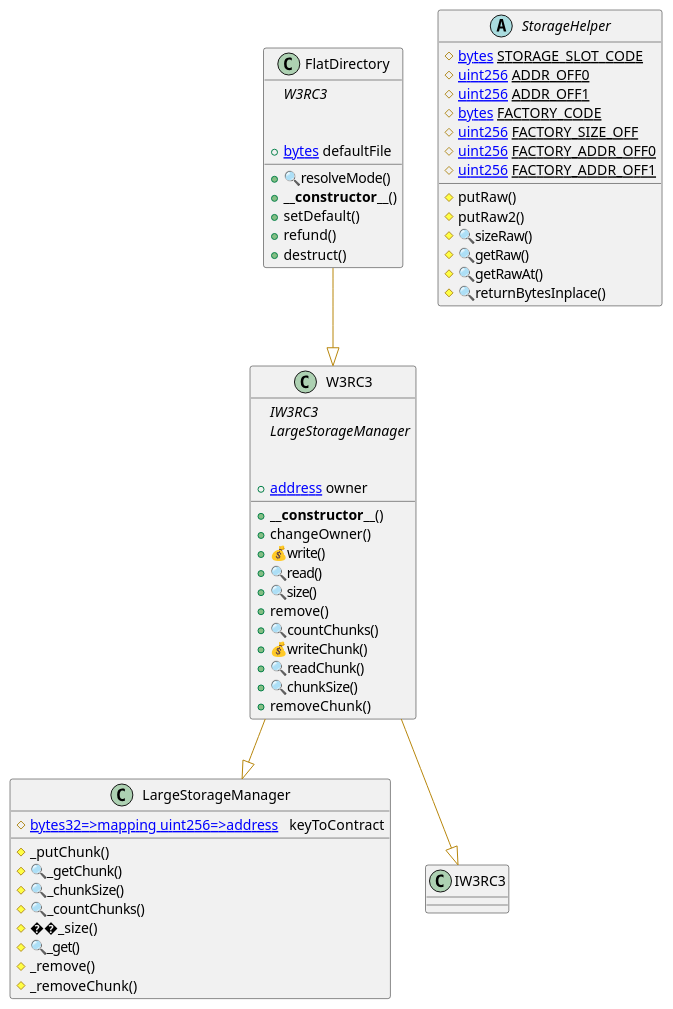
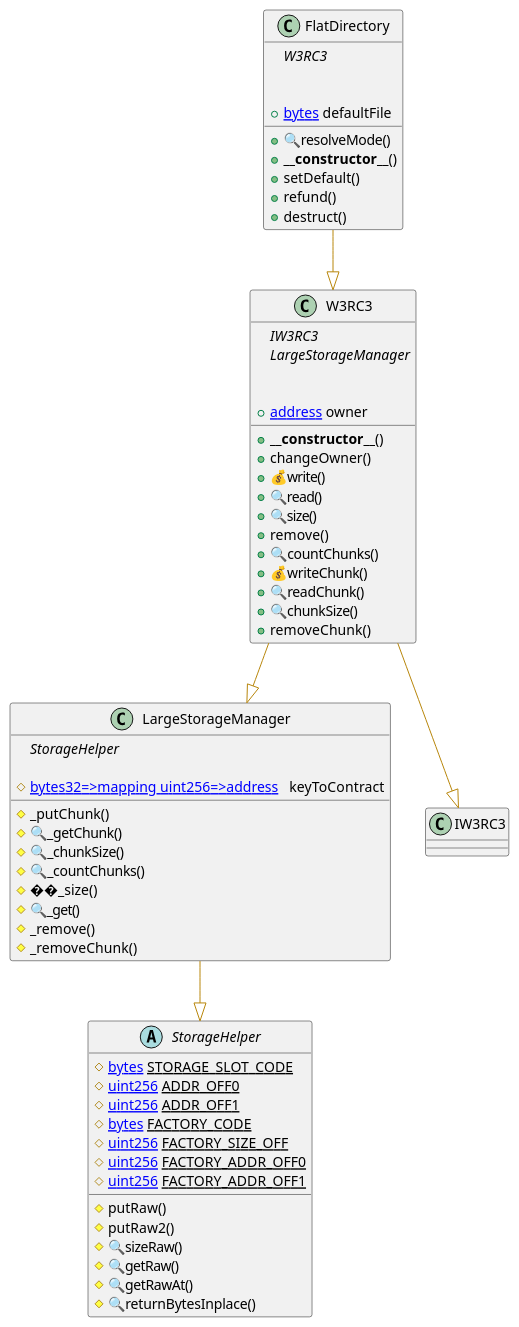
One commit to QuarkChain/evm-large-storage changed the diagram in contracts/uml/FlatDirectory.wsd. Above: the diagram before and after it, drawn with PlantUML.

```diff
--- a/contracts/uml/FlatDirectory.wsd
+++ b/contracts/uml/FlatDirectory.wsd
@@ -1,106 +1,108 @@
 @startuml
 ' -- generated by: https://marketplace.visualstudio.com/items?itemName=tintinweb.solidity-visual-auditor
 '
 ' -- for auto-render install: https://marketplace.visualstudio.com/items?itemName=jebbs.plantuml
 ' -- options --
 
 
 
 ' -- classes --
 
 class FlatDirectory {
     ' -- inheritance --
 	{abstract}W3RC3
 
     ' -- usingFor --
 
     ' -- vars --
 	+[[bytes]] defaultFile
 
     ' -- methods --
 	+🔍resolveMode()
 	+**__constructor__**()
 	+setDefault()
 	+refund()
 	+destruct()
 }
 
 class W3RC3 {
     ' -- inheritance --
 	{abstract}IW3RC3
 	{abstract}LargeStorageManager
 
     ' -- usingFor --
 
     ' -- vars --
 	+[[address]] owner
 
     ' -- methods --
 	+**__constructor__**()
 	+changeOwner()
 	+💰write()
 	+🔍read()
 	+🔍size()
 	+remove()
 	+🔍countChunks()
 	+💰writeChunk()
 	+🔍readChunk()
 	+🔍chunkSize()
 	+removeChunk()
 
 }
 
 class LargeStorageManager {
     ' -- inheritance --
 
     ' -- usingFor --
+	{abstract}StorageHelper
 
     ' -- vars --
 	#[[mapping bytes32=>mapping uint256=>address  ]] keyToContract
 
     ' -- methods --
 	#_putChunk()
 	#🔍_getChunk()
 	#🔍_chunkSize()
 	#🔍_countChunks()
 	#��_size()
 	#🔍_get()
 	#_remove()
 	#_removeChunk()
 
 }
 
 
 abstract StorageHelper {
     ' -- inheritance --
 
     ' -- usingFor --
 
     ' -- vars --
 	#{static}[[bytes]] STORAGE_SLOT_CODE
 	#{static}[[uint256]] ADDR_OFF0
 	#{static}[[uint256]] ADDR_OFF1
 	#{static}[[bytes]] FACTORY_CODE
 	#{static}[[uint256]] FACTORY_SIZE_OFF
 	#{static}[[uint256]] FACTORY_ADDR_OFF0
 	#{static}[[uint256]] FACTORY_ADDR_OFF1
 
     ' -- methods --
 	#putRaw()
 	#putRaw2()
 	#🔍sizeRaw()
 	#🔍getRaw()
 	#🔍getRawAt()
 	#🔍returnBytesInplace()
 
 }
 
 
 
 
 ' -- inheritance / usingFor --
 W3RC3 --[#DarkGoldenRod]|> IW3RC3
 W3RC3 --[#DarkGoldenRod]|> LargeStorageManager
 FlatDirectory --[#DarkGoldenRod]|> W3RC3
+LargeStorageManager --[#DarkGoldenRod]|> StorageHelper
 
 @enduml
```
